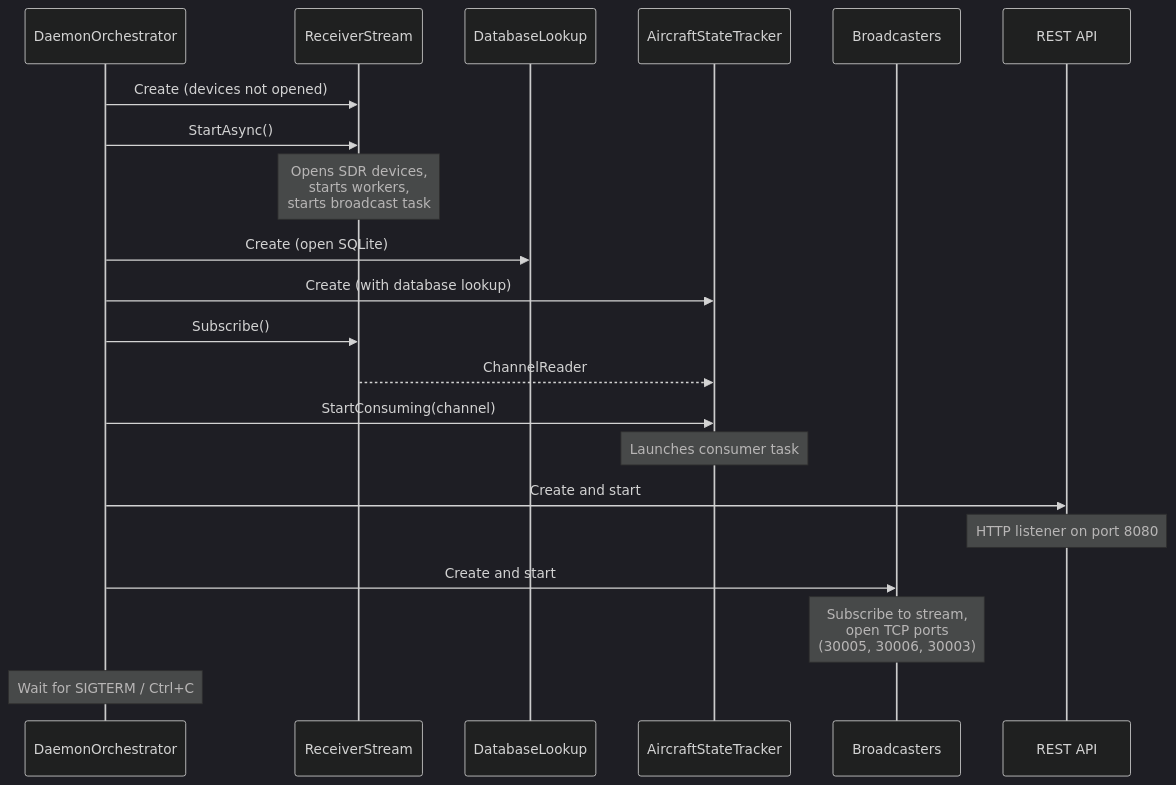
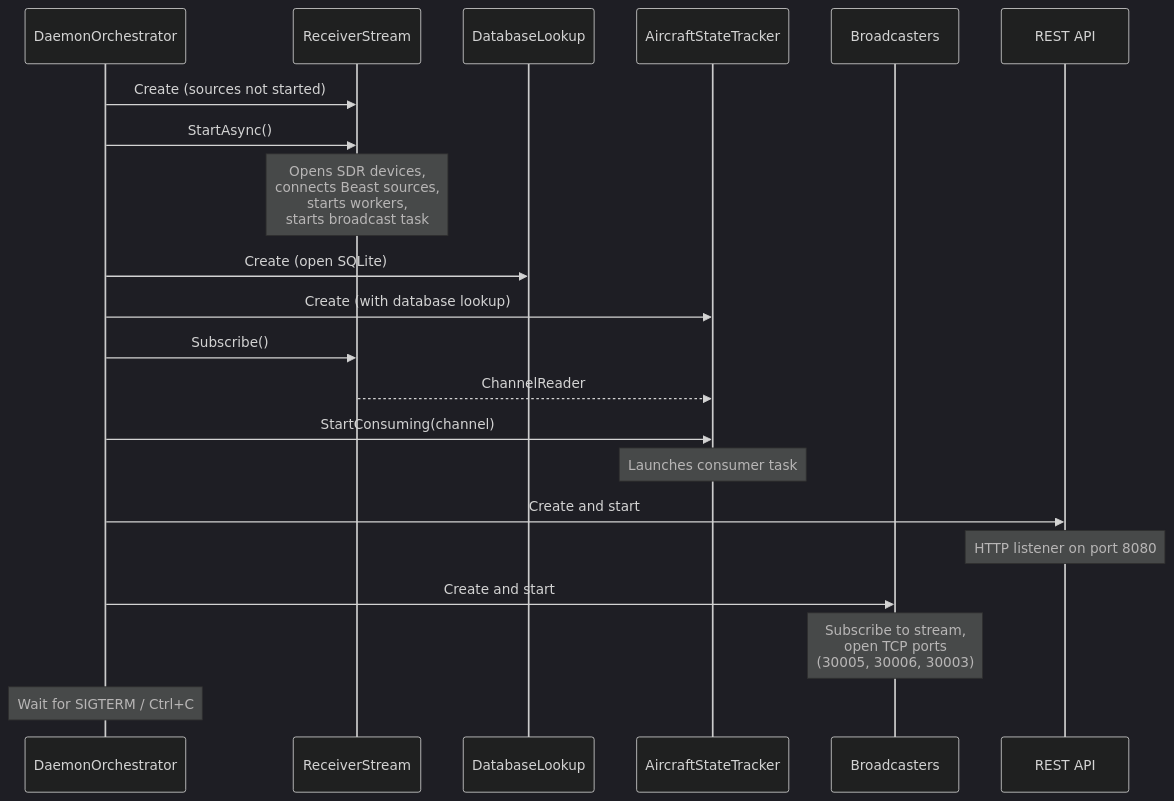
One commit to aeromux/aeromux changed the ninth of 11 diagrams in docs/ARCHITECTURE.md. Above: the diagram before and after it, drawn with Mermaid (dark theme). The commit also changed other lines of this file and 45 other files, not shown here.

Commit message:
Implement unified input model with aggregated SDR and Beast sources (CLI, config, streaming, docs, tests)

````diff
--- a/docs/ARCHITECTURE.md
+++ b/docs/ARCHITECTURE.md
@@ -611,28 +629,28 @@
 ```mermaid
 sequenceDiagram
     participant O as DaemonOrchestrator
     participant RS as ReceiverStream
     participant DB as DatabaseLookup
     participant T as AircraftStateTracker
     participant B as Broadcasters
     participant A as REST API
 
-    O->>RS: Create (devices not opened)
+    O->>RS: Create (sources not started)
     O->>RS: StartAsync()
-    Note over RS: Opens SDR devices,<br/>starts workers,<br/>starts broadcast task
+    Note over RS: Opens SDR devices,<br/>connects Beast sources,<br/>starts workers,<br/>starts broadcast task
 
     O->>DB: Create (open SQLite)
     O->>T: Create (with database lookup)
     O->>RS: Subscribe()
     RS-->>T: ChannelReader
     O->>T: StartConsuming(channel)
     Note over T: Launches consumer task
 
     O->>A: Create and start
     Note over A: HTTP listener on port 8080
 
     O->>B: Create and start
     Note over B: Subscribe to stream,<br/>open TCP ports<br/>(30005, 30006, 30003)
 
     Note over O: Wait for SIGTERM / Ctrl+C
 ```
````
